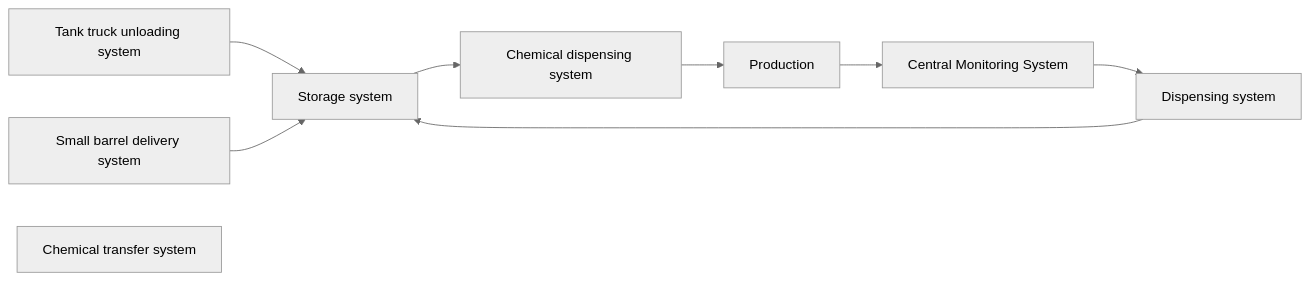
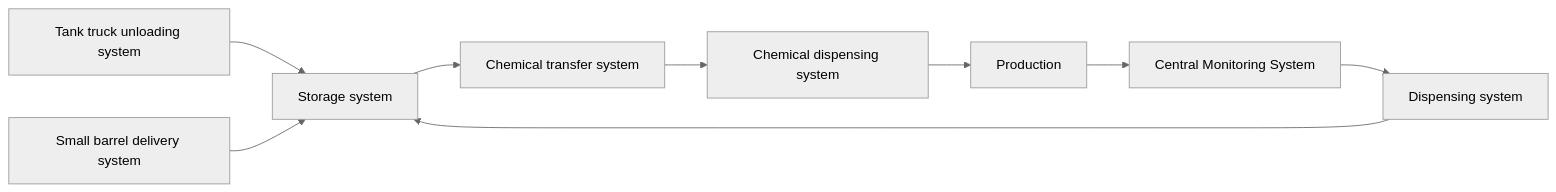
The first of 3 diagrams in Notebook/chemicaldosing.md (Asy508/Construction), drawn with Mermaid (neutral theme) before and after one commit. The commit also changed other lines of this file, not shown here.

````diff
--- a/Notebook/chemicaldosing.md
+++ b/Notebook/chemicaldosing.md
@@ -13,20 +13,20 @@
 ```mermaid
 
 flowchart LR
 
 A[Tank truck unloading system]
 B[Dispensing system]
 C[Small barrel delivery system]
 D[Storage system]
 E[Chemical transfer system]
 F[Chemical dispensing system]
 G[Production]
 H[Central Monitoring System]
 
 A-->D
 B-->D
 C-->D
 
-D-->F-->G-->H-->B
+D-->E-->F-->G-->H-->B
 
 ```
````
